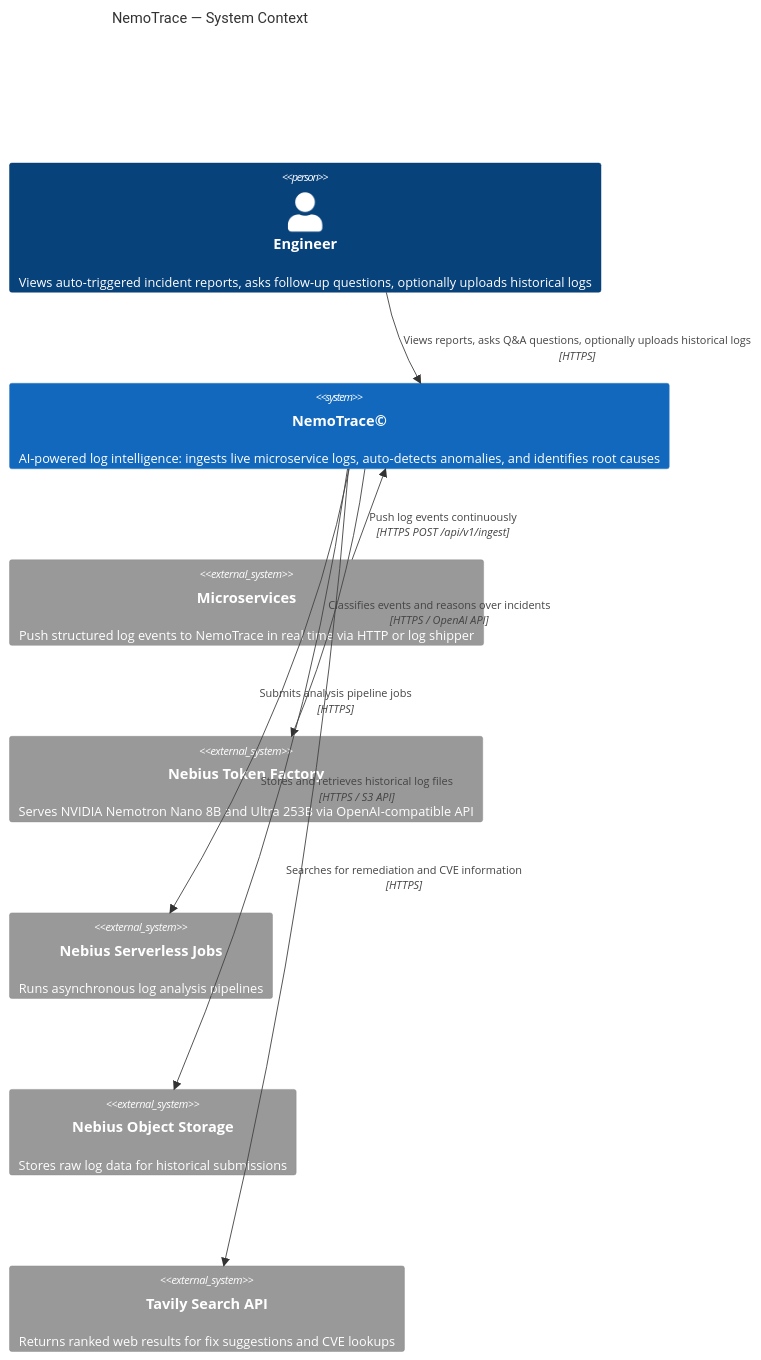
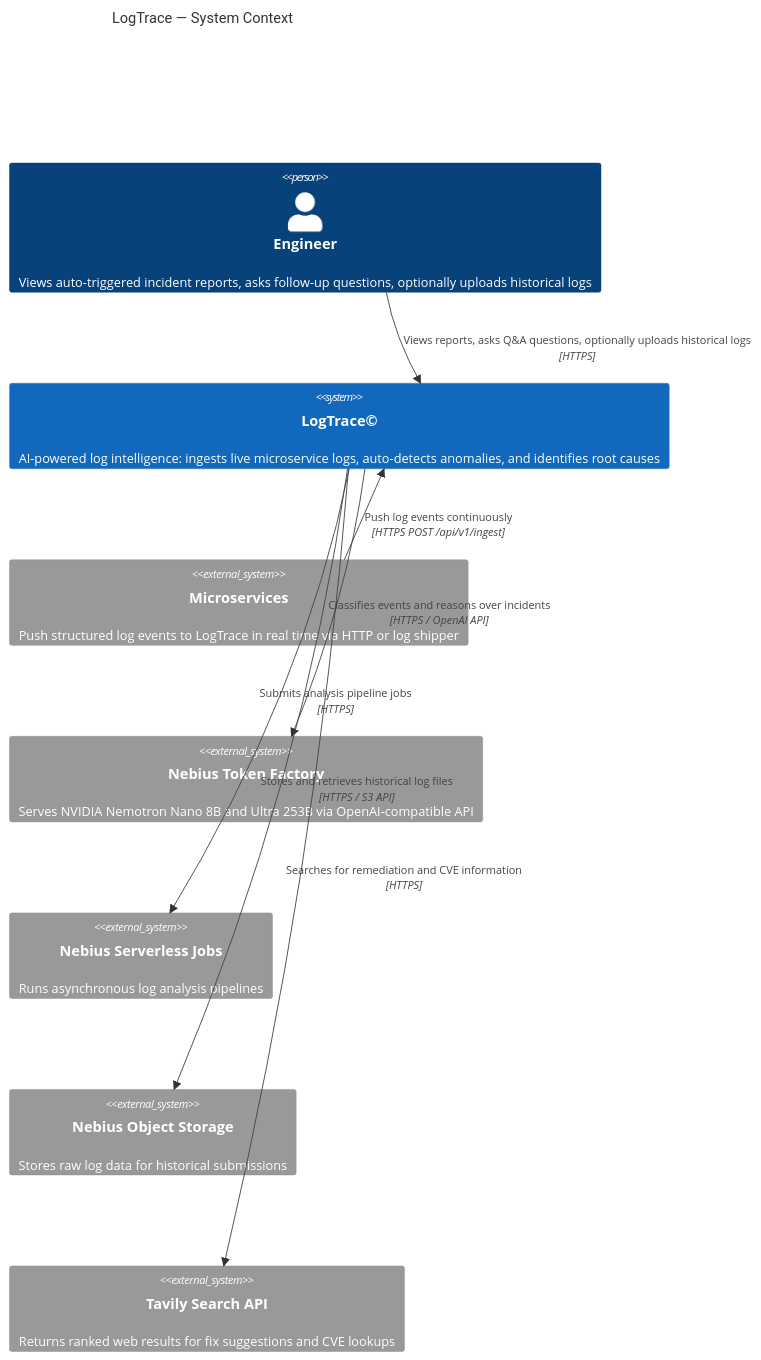
The first of 5 diagrams in HLD.md (anastasiya315510/LogTrace), drawn with Mermaid before and after one commit. The commit also changed other lines of this file and 38 other files, not shown here.

````diff
--- a/HLD.md
+++ b/HLD.md
@@ -893,17 +893,17 @@
 ```mermaid
 C4Context
-    title NemoTrace — System Context
+    title LogTrace — System Context
     Person(engineer, "Engineer", "Views auto-triggered incident reports, asks follow-up questions, optionally uploads historical logs")
-    System(nemotrace, "NemoTrace©", "AI-powered log intelligence: ingests live microservice logs, auto-detects anomalies, and identifies root causes")
-    System_Ext(microservices, "Microservices", "Push structured log events to NemoTrace in real time via HTTP or log shipper")
+    System(logtrace, "LogTrace©", "AI-powered log intelligence: ingests live microservice logs, auto-detects anomalies, and identifies root causes")
+    System_Ext(microservices, "Microservices", "Push structured log events to LogTrace in real time via HTTP or log shipper")
     System_Ext(nebius_tf, "Nebius Token Factory", "Serves NVIDIA Nemotron Nano 8B and Ultra 253B via OpenAI-compatible API")
     System_Ext(nebius_jobs, "Nebius Serverless Jobs", "Runs asynchronous log analysis pipelines")
     System_Ext(nebius_obj, "Nebius Object Storage", "Stores raw log data for historical submissions")
     System_Ext(tavily, "Tavily Search API", "Returns ranked web results for fix suggestions and CVE lookups")
-    Rel(microservices, nemotrace, "Push log events continuously", "HTTPS POST /api/v1/ingest")
-    Rel(engineer, nemotrace, "Views reports, asks Q&A questions, optionally uploads historical logs", "HTTPS")
-    Rel(nemotrace, nebius_tf, "Classifies events and reasons over incidents", "HTTPS / OpenAI API")
-    Rel(nemotrace, nebius_jobs, "Submits analysis pipeline jobs", "HTTPS")
-    Rel(nemotrace, nebius_obj, "Stores and retrieves historical log files", "HTTPS / S3 API")
-    Rel(nemotrace, tavily, "Searches for remediation and CVE information", "HTTPS")
+    Rel(microservices, logtrace, "Push log events continuously", "HTTPS POST /api/v1/ingest")
+    Rel(engineer, logtrace, "Views reports, asks Q&A questions, optionally uploads historical logs", "HTTPS")
+    Rel(logtrace, nebius_tf, "Classifies events and reasons over incidents", "HTTPS / OpenAI API")
+    Rel(logtrace, nebius_jobs, "Submits analysis pipeline jobs", "HTTPS")
+    Rel(logtrace, nebius_obj, "Stores and retrieves historical log files", "HTTPS / S3 API")
+    Rel(logtrace, tavily, "Searches for remediation and CVE information", "HTTPS")
 ```
````
